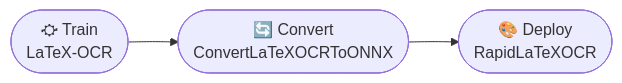
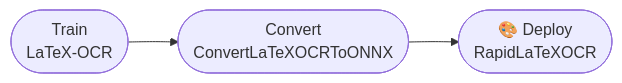
Before and after one commit to RapidAI/RapidLaTeXOCR: the diagram in README.md, drawn with Mermaid.

````diff
--- a/README.md
+++ b/README.md
@@ -36,9 +36,9 @@
 ```mermaid
 flowchart LR
 
-A([⛮ Train\n LaTeX-OCR]) --> B([🔄 Convert \n ConvertLaTeXOCRToONNX]) --> C([🎨 Deploy\n RapidLaTeXOCR])
+A([Train\n LaTeX-OCR]) --> B([Convert \n ConvertLaTeXOCRToONNX]) --> C([🎨 Deploy\n RapidLaTeXOCR])
 
 click A "https://github.com/lukas-blecher/LaTeX-OCR" _blank
 click B "https://github.com/SWHL/ConvertLaTeXOCRToONNX" _blank
 click C "https://github.com/RapidAI/RapidLaTeXOCR" _blank
 ```
````
